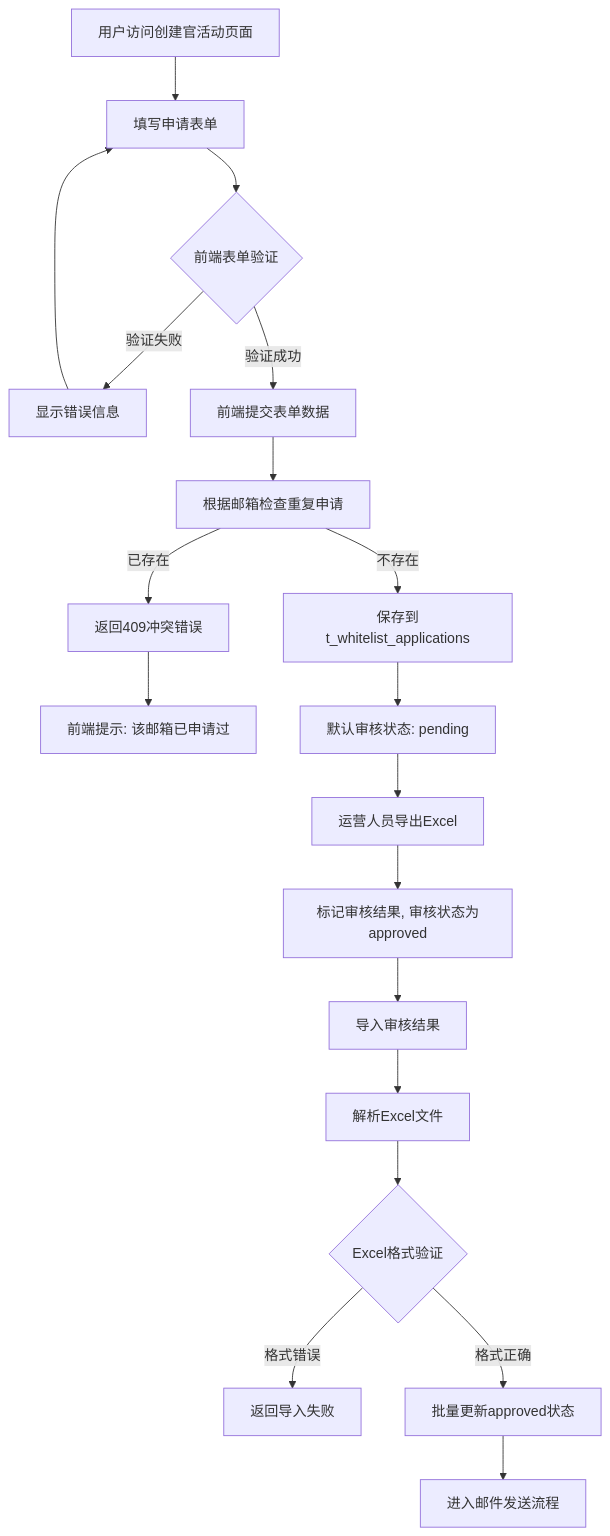
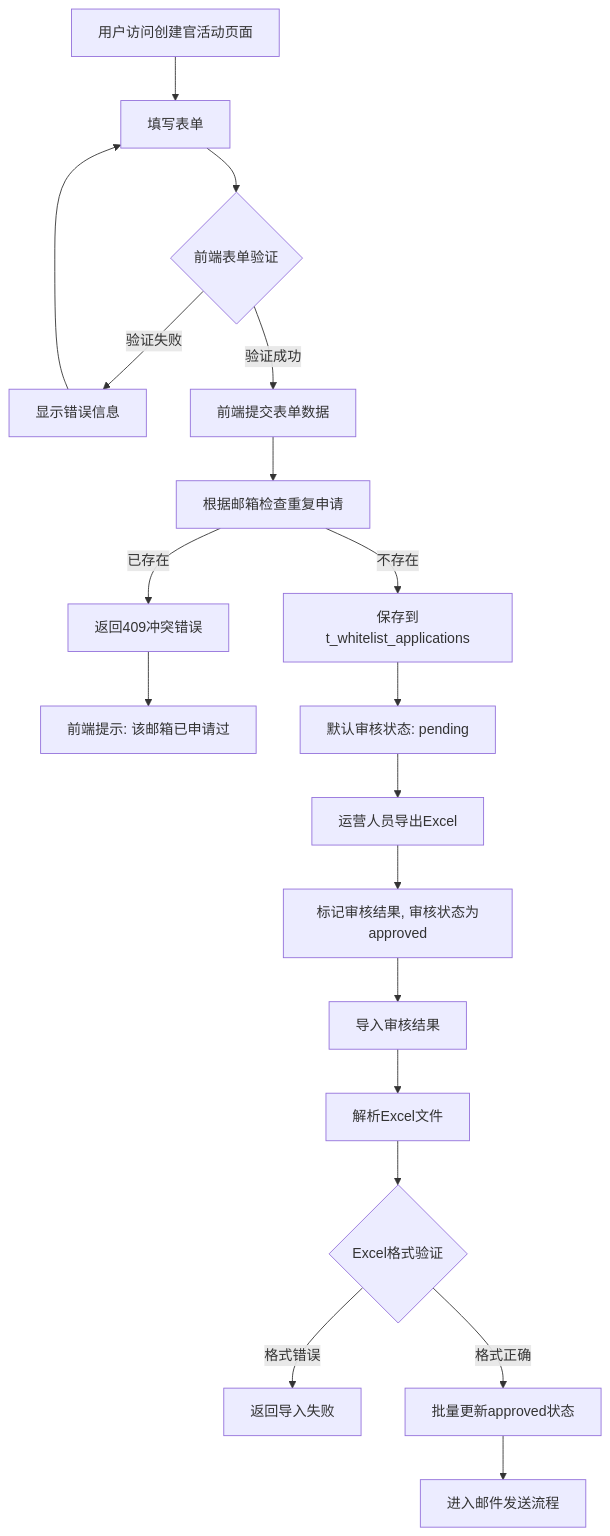
Before and after one commit to yingjianzh/iodraw-files: the diagram in all/未命名-72.md, drawn with Mermaid.

Commit message:
2025-07-03 18:11:34 update

````diff
--- a/all/未命名-72.md
+++ b/all/未命名-72.md
@@ -1,24 +1,24 @@
 ```mermaid
 
 flowchart TD
-    A[用户访问创建官活动页面] --> B[填写申请表单]
+    A[用户访问创建官活动页面] --> B[填写表单]
     B --> C{前端表单验证}
     C -->|验证失败| D[显示错误信息]
     D --> B
     C -->|验证成功| E[前端提交表单数据]
     E --> F[根据邮箱检查重复申请]
     F -->|已存在| G[返回409冲突错误]
     G --> H[前端提示: 该邮箱已申请过]
     F -->|不存在| I[保存到t_whitelist_applications]
     I --> K[默认审核状态: pending]
     
     K --> P[运营人员导出Excel]
     P --> S[标记审核结果, 审核状态为approved]
     S --> T[导入审核结果]
     T --> T2[解析Excel文件]
     T2 --> T3{Excel格式验证}
     T3 -->|格式错误| T4[返回导入失败]
     T3 -->|格式正确| U[批量更新approved状态]
     U --> V[进入邮件发送流程]
 
 ```
````
